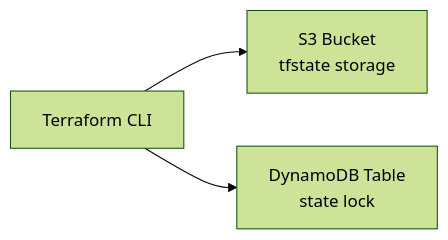
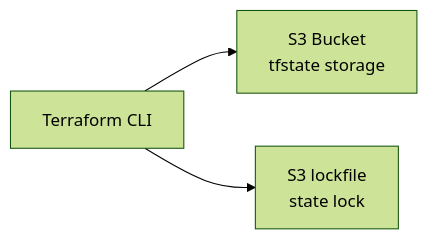
The eighth of 9 diagrams in terraform-handson/ARCHITECTURE.md (tk-21/terraform-lab), drawn with Mermaid (forest theme) before and after one commit. The commit also changed other lines of this file and 13 other files, not shown here.

````diff
--- a/terraform-handson/ARCHITECTURE.md
+++ b/terraform-handson/ARCHITECTURE.md
@@ -448,5 +449,5 @@
 ```mermaid
 flowchart LR
   TF[Terraform CLI] --> S3[S3 Bucket<br/>tfstate storage]
-  TF --> DDB[DynamoDB Table<br/>state lock]
+  TF --> LOCK[S3 lockfile<br/>state lock]
 ```
````
